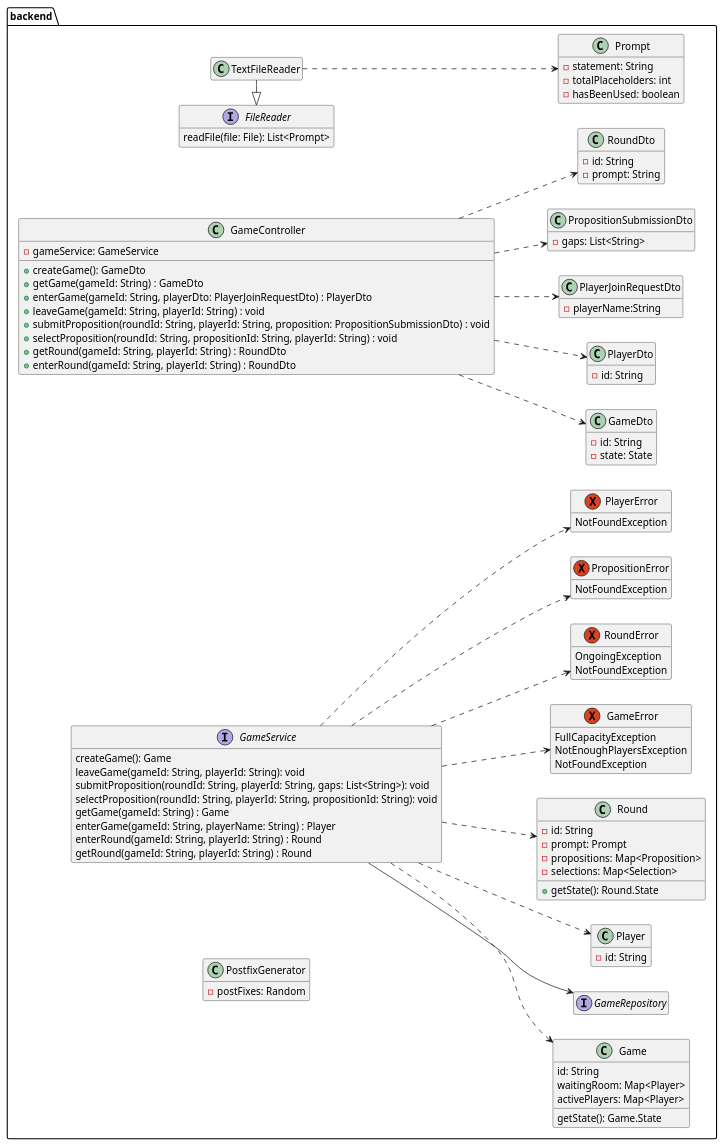
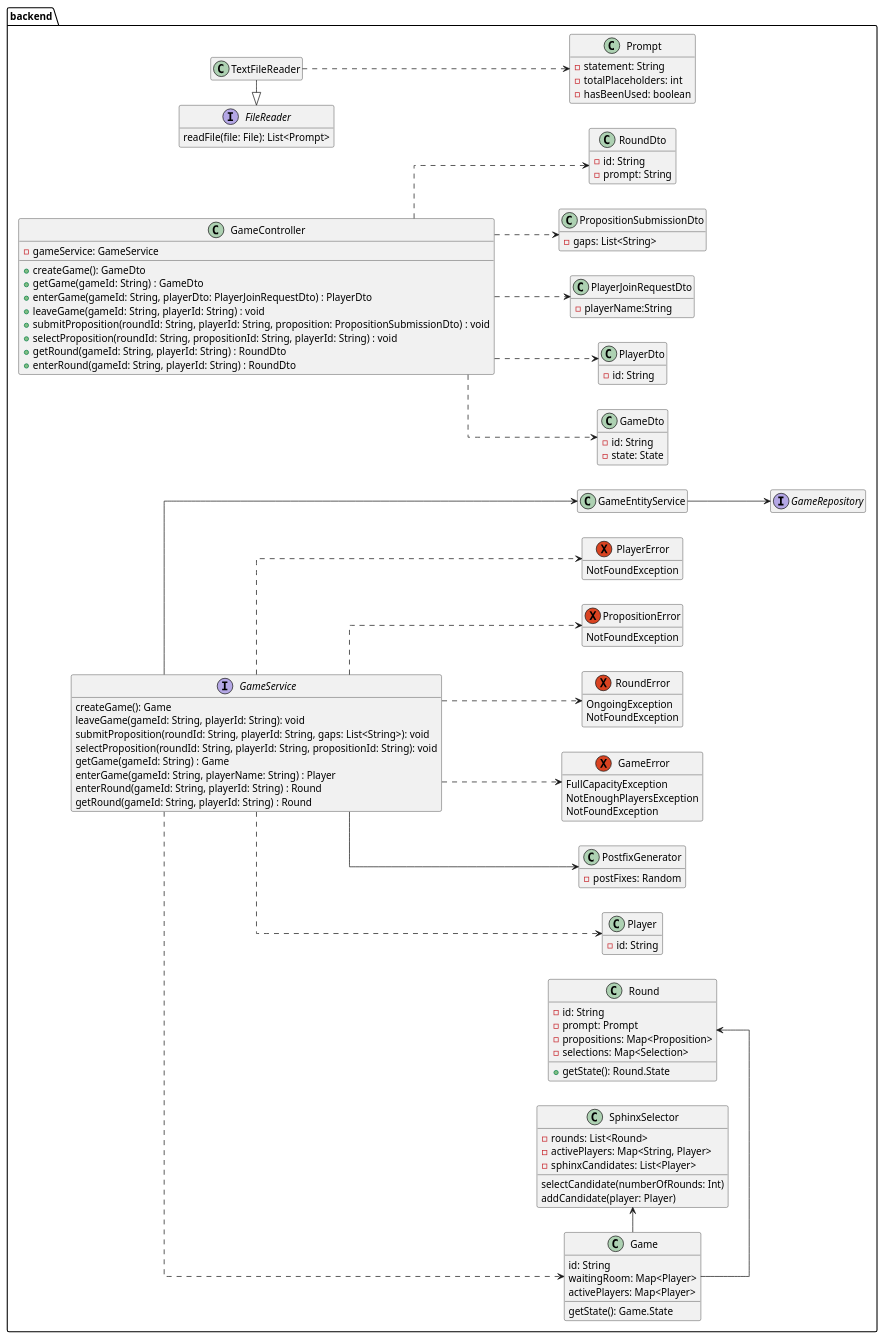
Before and after one commit to patrickwinti/worldwidewalter: the diagram in docs/diagrams/class_diagramm.plantuml, drawn with PlantUML. The commit also changed 4 other files, not shown here.

```diff
--- a/docs/diagrams/class_diagramm.plantuml
+++ b/docs/diagrams/class_diagramm.plantuml
@@ -1,111 +1,122 @@
 @startuml
 package backend{
     left to right direction
+    skinparam linetype ortho
 
     hide empty members
     class GameController {
         -gameService: GameService
         +createGame(): GameDto
         +getGame(gameId: String) : GameDto
         +enterGame(gameId: String, playerDto: PlayerJoinRequestDto) : PlayerDto
         +leaveGame(gameId: String, playerId: String) : void
         +submitProposition(roundId: String, playerId: String, proposition: PropositionSubmissionDto) : void
         +selectProposition(roundId: String, propositionId: String, playerId: String) : void
         +getRound(gameId: String, playerId: String) : RoundDto
         +enterRound(gameId: String, playerId: String) : RoundDto
     }
     class GameDto {
         -id: String
         -state: State
     }
     class Game {
         id: String
         waitingRoom: Map<Player>
         activePlayers: Map<Player>
         getState(): Game.State
     }
     class Prompt{
         -statement: String
         -totalPlaceholders: int
         -hasBeenUsed: boolean
     }
 
     interface GameService{
        createGame(): Game
        leaveGame(gameId: String, playerId: String): void
        submitProposition(roundId: String, playerId: String, gaps: List<String>): void
        selectProposition(roundId: String, playerId: String, propositionId: String): void
        getGame(gameId: String) : Game
        enterGame(gameId: String, playerName: String) : Player
        enterRound(gameId: String, playerId: String) : Round
        getRound(gameId: String, playerId: String) : Round
     }
     interface GameRepository
     class PlayerDto {
         -id: String
     }
     class PlayerJoinRequestDto {
         -playerName:String
     }
     class PropositionSubmissionDto {
         -gaps: List<String>
     }
     class RoundDto {
         -id: String
         -prompt: String
     }
     class Player {
         -id: String
     }
     class Round {
         -id: String
         -prompt: Prompt
         -propositions: Map<Proposition>
         -selections: Map<Selection>
         +getState(): Round.State
     }
     class PostfixGenerator {
         -postFixes: Random
     }
     exception GameError {
         FullCapacityException
         NotEnoughPlayersException
         NotFoundException
     }
     exception RoundError {
         OngoingException
         NotFoundException
     }
     exception PropositionError {
         NotFoundException
     }
     exception PlayerError {
         NotFoundException
     }
 
     interface FileReader{
         readFile(file: File): List<Prompt>
     }
 
     class TextFileReader
+    class SphinxSelector {
+        -rounds: List<Round>
+        -activePlayers: Map<String, Player>
+        -sphinxCandidates: List<Player>
+        selectCandidate(numberOfRounds: Int)
+        addCandidate(player: Player)
+    }
 
     GameController..>PlayerDto
     GameController..>PlayerJoinRequestDto
     GameController..>PropositionSubmissionDto
     GameController..>RoundDto
     GameController ..> GameDto
 
     GameService ..> Game
-    GameService ..> Round
     GameService ..> Player
     GameService ..> GameError
     GameService ..> RoundError
     GameService ..> PlayerError
     GameService ..> PropositionError
-    GameService --> GameRepository
+    GameService --> GameEntityService
+    GameService --> PostfixGenerator
+
+    GameEntityService --> GameRepository
 
     TextFileReader ..> Prompt
-}
+    FileReader<|-TextFileReader
 
-    FileReader<|-TextFileReader
+    Game -> Round
+    Game -> SphinxSelector
 @enduml
```
